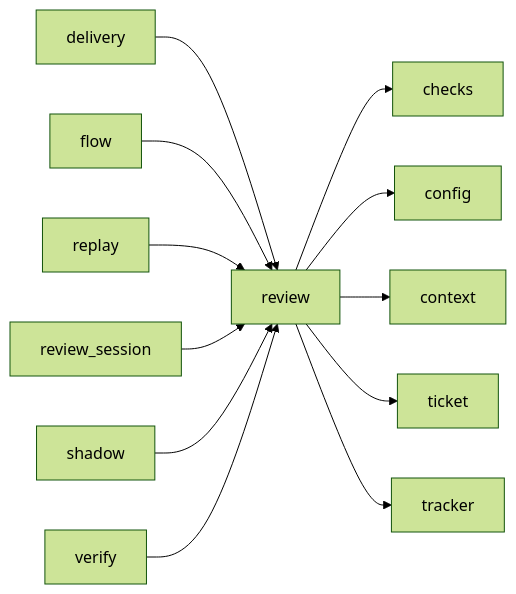
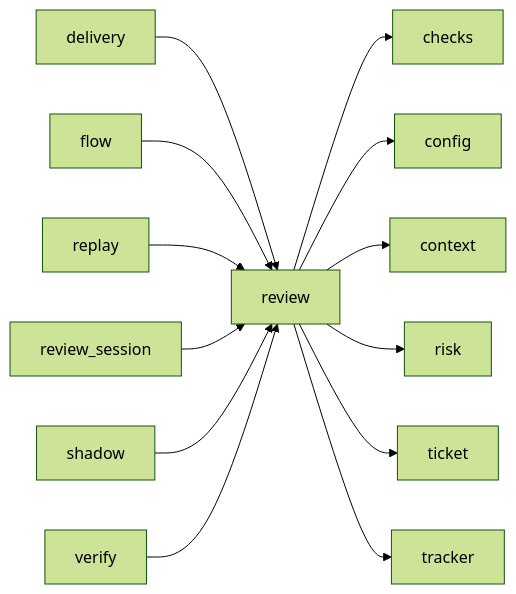
Before and after one commit to plaplanche/ariane: the third of 3 diagrams in docs/architecture/modules/review.md, drawn with Mermaid (forest theme). The commit also changed other lines of this file and 29 other files, not shown here.

````diff
--- a/docs/architecture/modules/review.md
+++ b/docs/architecture/modules/review.md
@@ -105,14 +105,15 @@
 ```mermaid
 flowchart LR
   delivery --> review
   flow --> review
   replay --> review
   review --> checks
   review --> config
   review --> context
+  review --> risk
   review --> ticket
   review --> tracker
   review_session --> review
   shadow --> review
   verify --> review
 ```
````
